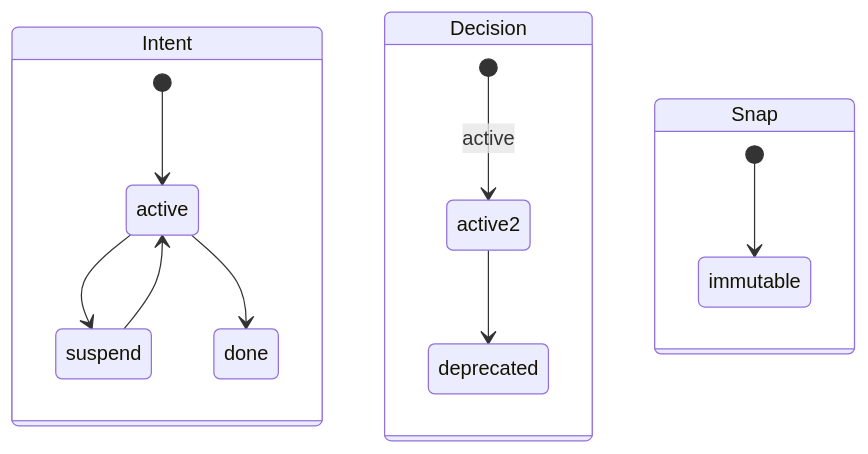
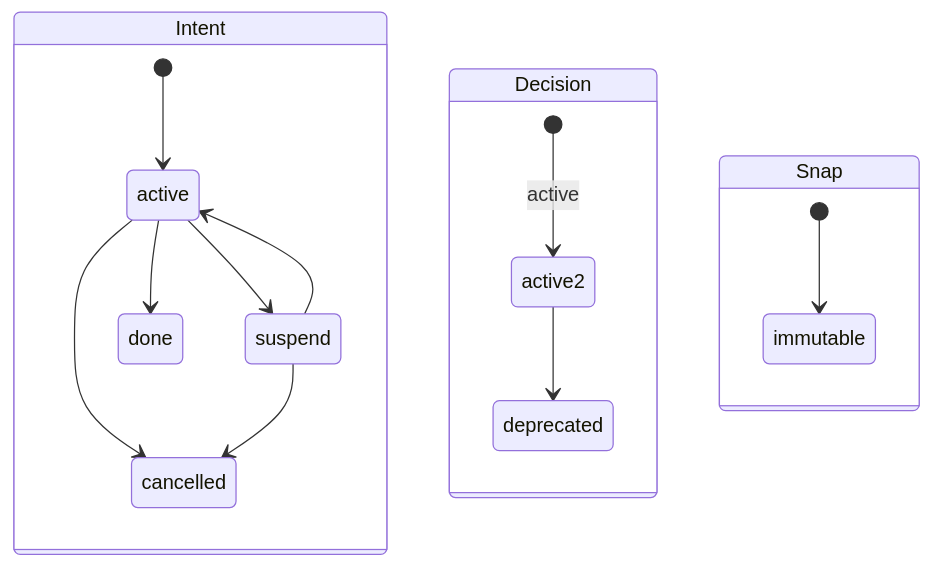
Before and after one commit to dozybot001/Intent: the fourth of 4 diagrams in docs/CN/cli.md, drawn with Mermaid. The commit also changed other lines of this file and 25 other files, not shown here.

````diff
--- a/docs/CN/cli.md
+++ b/docs/CN/cli.md
@@ -98,16 +99,18 @@
 ```mermaid
 stateDiagram-v2
   state Intent {
     [*] --> active
     active --> suspend
     suspend --> active
     active --> done
+    active --> cancelled
+    suspend --> cancelled
   }
   state Decision {
     [*] --> active2: active
     active2 --> deprecated
   }
   state Snap {
     [*] --> immutable
   }
 ```
````
